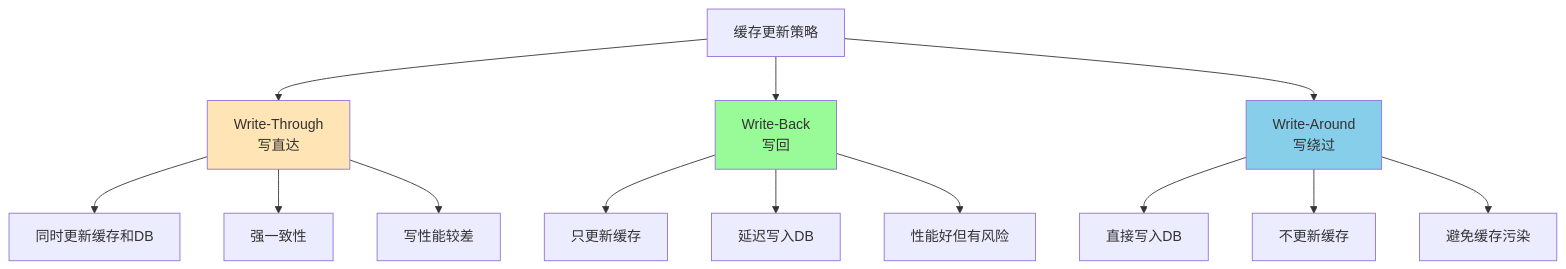
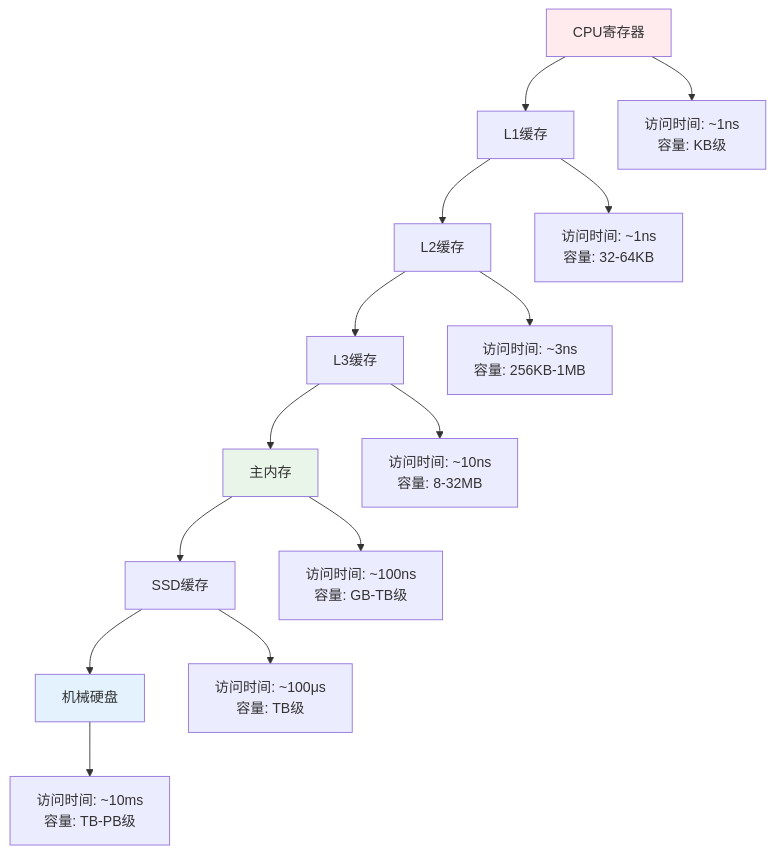
Before and after one commit to crazypenguincode/duckdb: the third of 9 diagrams in md/第二章-相关背景与理论基础.md, drawn with Mermaid. The commit also changed other lines of this file and 361 other files, not shown here.

````diff
--- a/md/第二章-相关背景与理论基础.md
+++ b/md/第二章-相关背景与理论基础.md
@@ -270,22 +219,21 @@
 ```mermaid
 graph TD
-    A[缓存更新策略] --> B[Write-Through<br/>写直达]
-    A --> C[Write-Back<br/>写回]
-    A --> D[Write-Around<br/>写绕过]
+    A[CPU寄存器] --> B[L1缓存]
+    B --> C[L2缓存]
+    C --> D[L3缓存]
+    D --> E[主内存]
+    E --> F[SSD缓存]
+    F --> G[机械硬盘]
     
-    B --> B1[同时更新缓存和DB]
-    B --> B2[强一致性]
-    B --> B3[写性能较差]
+    A --> A1[访问时间: ~1ns<br/>容量: KB级]
+    B --> B1[访问时间: ~1ns<br/>容量: 32-64KB]
+    C --> C1[访问时间: ~3ns<br/>容量: 256KB-1MB]
+    D --> D1[访问时间: ~10ns<br/>容量: 8-32MB]
+    E --> E1[访问时间: ~100ns<br/>容量: GB-TB级]
+    F --> F1[访问时间: ~100μs<br/>容量: TB级]
+    G --> G1[访问时间: ~10ms<br/>容量: TB-PB级]
     
-    C --> C1[只更新缓存]
-    C --> C2[延迟写入DB]
-    C --> C3[性能好但有风险]
-    
-    D --> D1[直接写入DB]
-    D --> D2[不更新缓存]
-    D --> D3[避免缓存污染]
-    
-    style B fill:#FFE4B5
-    style C fill:#98FB98
-    style D fill:#87CEEB
+    style A fill:#ffebee
+    style E fill:#e8f5e8
+    style G fill:#e3f2fd
 ```
````
